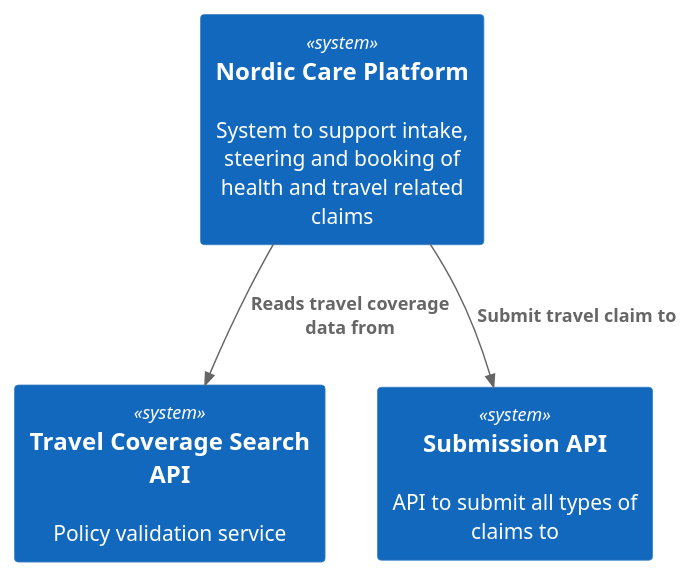
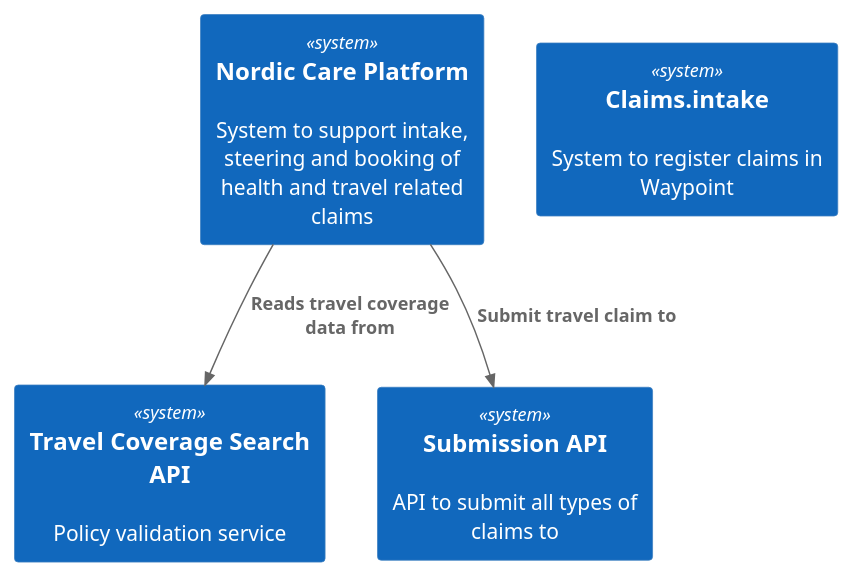
The diagram in C4-context.puml (dereri/plantumldemo), drawn with PlantUML before and after one commit.

```diff
--- a/C4-context.puml
+++ b/C4-context.puml
@@ -1,8 +1,9 @@
 @startuml C4-context
 !include https://raw.githubusercontent.com/plantuml-stdlib/C4-PlantUML/master/C4_Context.puml
 System(RSA_TRA, "Travel Coverage Search API", "Policy validation service")
 System(NCP,"Nordic Care Platform", "System to support intake, steering and booking of health and travel related claims")
-System(Tellus, "Submission API", "API to submit all types of claims to")
+System(SubAPI, "Submission API", "API to submit all types of claims to")
+System(Claims, "Claims.intake", "System to register claims in Waypoint")
 Rel(NCP, RSA_TRA, "Reads travel coverage data from")
-Rel(NCP, Tellus, "Submit travel claim to")
+Rel(NCP, SubAPI, "Submit travel claim to")
 @enduml
```
